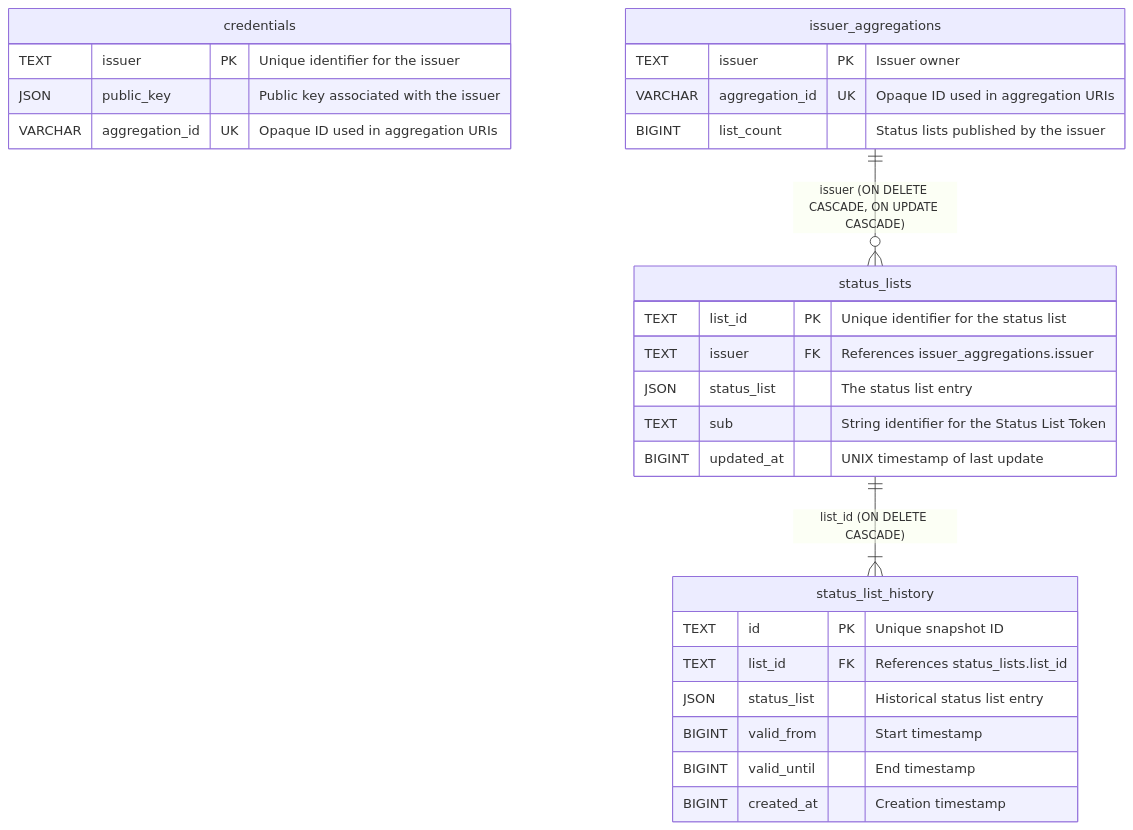
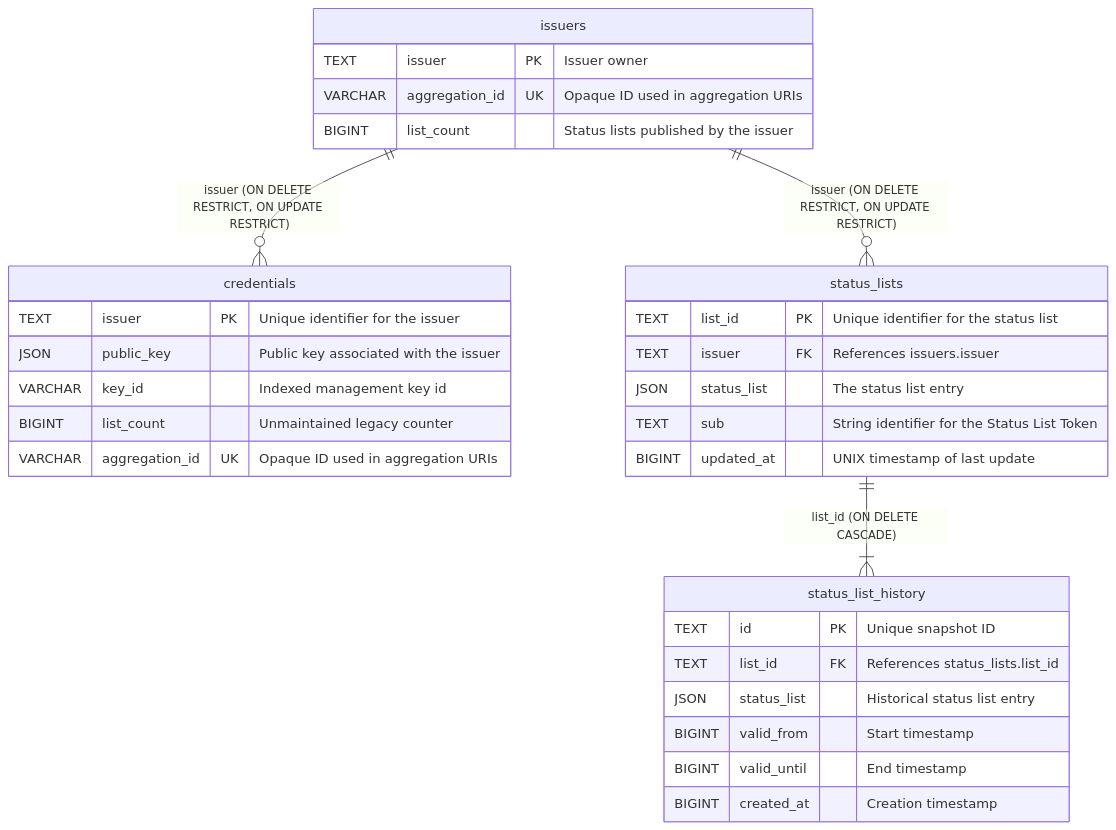
Before and after one commit to adorsys/status-list-server: the diagram in src/outbound/sql/README.md, drawn with Mermaid. The commit also changed other lines of this file and 17 other files, not shown here.

````diff
--- a/src/outbound/sql/README.md
+++ b/src/outbound/sql/README.md
@@ -148,30 +154,33 @@
 ```mermaid
 erDiagram
     credentials {
         TEXT issuer PK "Unique identifier for the issuer"
         JSON public_key "Public key associated with the issuer"
+        VARCHAR key_id "Indexed management key id"
+        BIGINT list_count "Unmaintained legacy counter"
         VARCHAR aggregation_id UK "Opaque ID used in aggregation URIs"
     }
-    issuer_aggregations {
+    issuers {
         TEXT issuer PK "Issuer owner"
         VARCHAR aggregation_id UK "Opaque ID used in aggregation URIs"
         BIGINT list_count "Status lists published by the issuer"
     }
     status_lists {
         TEXT list_id PK "Unique identifier for the status list"
-        TEXT issuer FK "References issuer_aggregations.issuer"
+        TEXT issuer FK "References issuers.issuer"
         JSON status_list "The status list entry"
         TEXT sub "String identifier for the Status List Token"
         BIGINT updated_at "UNIX timestamp of last update"
     }
     status_list_history {
         TEXT id PK "Unique snapshot ID"
         TEXT list_id FK "References status_lists.list_id"
         JSON status_list "Historical status list entry"
         BIGINT valid_from "Start timestamp"
         BIGINT valid_until "End timestamp"
         BIGINT created_at "Creation timestamp"
     }
-    issuer_aggregations ||--o{ status_lists : "issuer (ON DELETE CASCADE, ON UPDATE CASCADE)"
+    issuers ||--o{ credentials : "issuer (ON DELETE RESTRICT, ON UPDATE RESTRICT)"
+    issuers ||--o{ status_lists : "issuer (ON DELETE RESTRICT, ON UPDATE RESTRICT)"
     status_lists ||--|{ status_list_history : "list_id (ON DELETE CASCADE)"
 ```
````
